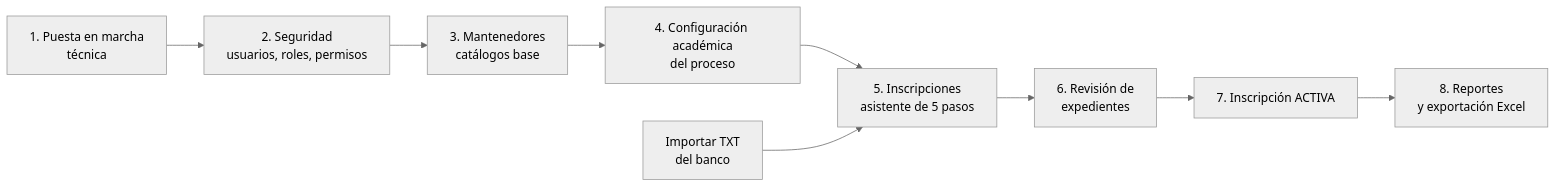
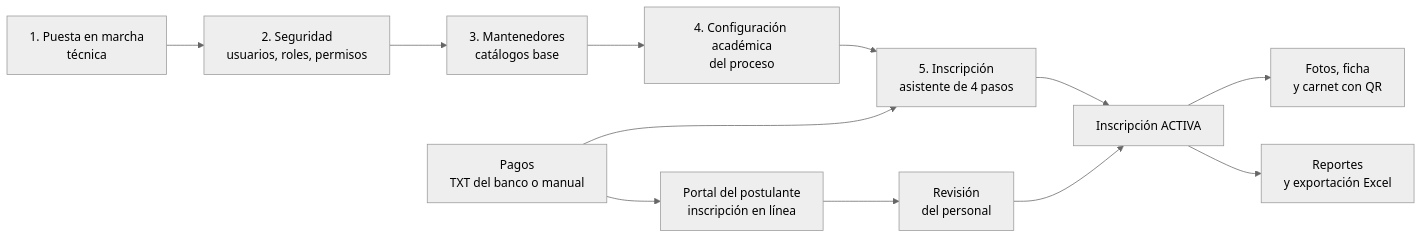
One commit to soujamt/cepre-unu changed the first of 11 diagrams in FLUJO_PROCESOS_CEPRE.md. Above: the diagram before and after it, drawn with Mermaid (neutral theme). The commit also changed other lines of this file, not shown here.

````diff
--- a/FLUJO_PROCESOS_CEPRE.md
+++ b/FLUJO_PROCESOS_CEPRE.md
@@ -33,11 +34,14 @@
 ```mermaid
 flowchart LR
     A["1. Puesta en marcha<br/>técnica"] --> B["2. Seguridad<br/>usuarios, roles, permisos"]
     B --> C["3. Mantenedores<br/>catálogos base"]
     C --> D["4. Configuración académica<br/>del proceso"]
-    D --> E["5. Inscripciones<br/>asistente de 5 pasos"]
-    F["Importar TXT<br/>del banco"] --> E
-    E --> G["6. Revisión de<br/>expedientes"]
-    G --> H["7. Inscripción ACTIVA"]
-    H --> I["8. Reportes<br/>y exportación Excel"]
+    D --> E["5. Inscripción<br/>asistente de 4 pasos"]
+    F["Pagos<br/>TXT del banco o manual"] --> E
+    P["Portal del postulante<br/>inscripción en línea"] --> R["Revisión<br/>del personal"]
+    F --> P
+    R --> H
+    E --> H["Inscripción ACTIVA"]
+    H --> K["Fotos, ficha<br/>y carnet con QR"]
+    H --> I["Reportes<br/>y exportación Excel"]
 ```
````
